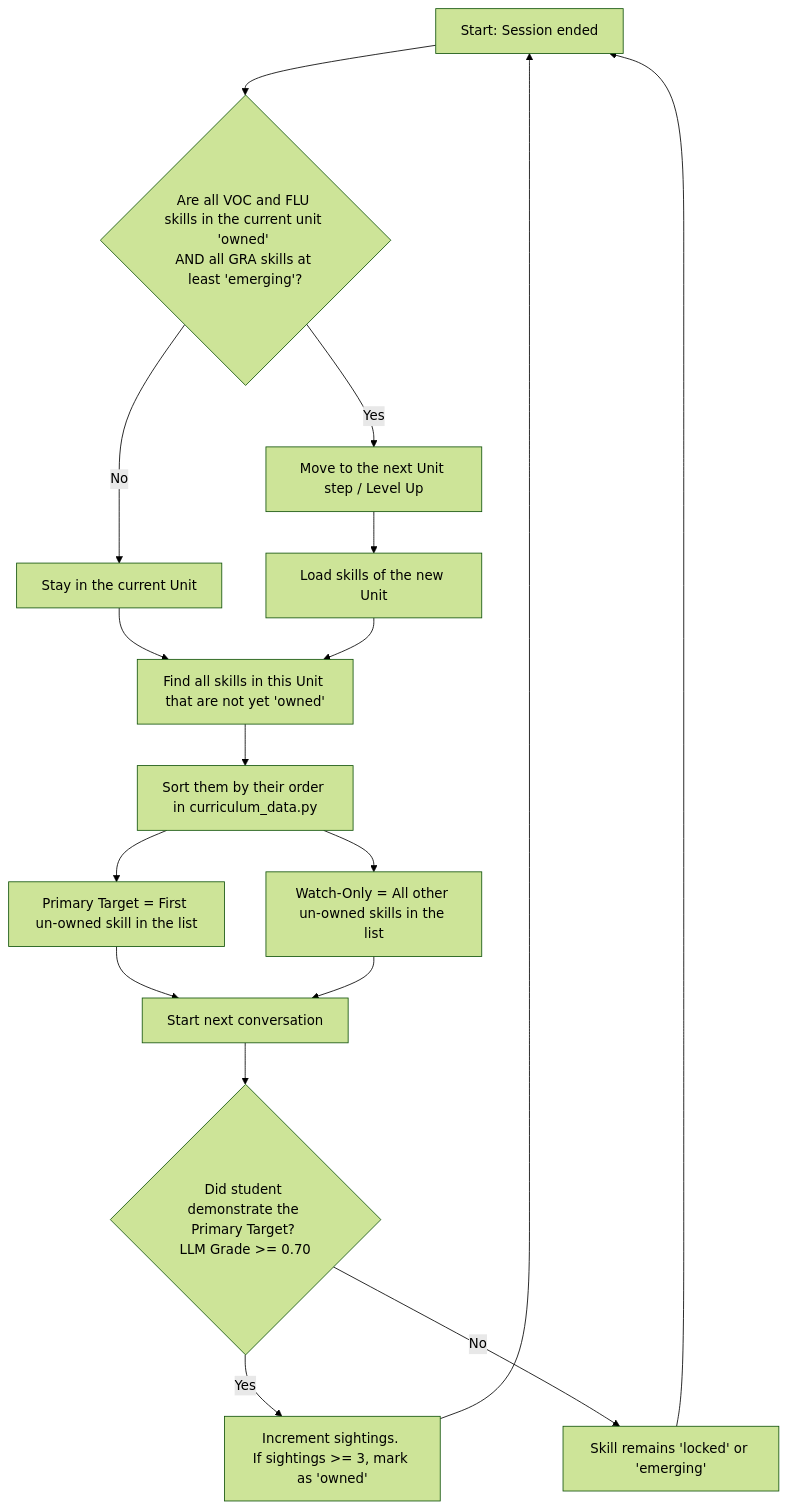
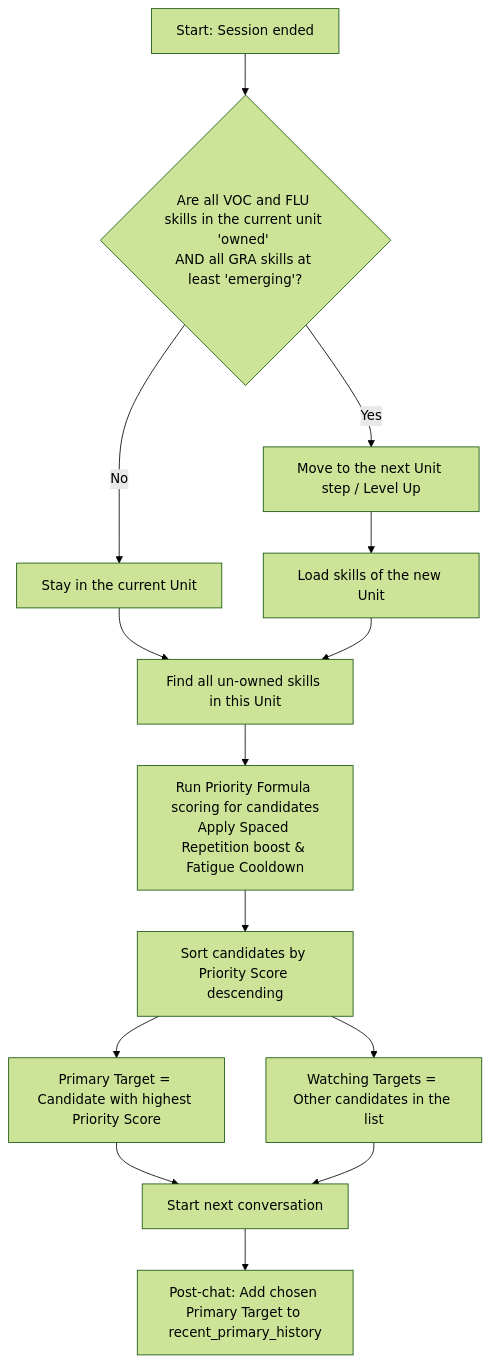
One commit to anshika410/English_learning_flutter_app changed the second of 2 diagrams in docs/mintlify-src/learning-path-visualizer.mdx. Above: the diagram before and after it, drawn with Mermaid (forest theme). The commit also changed other lines of this file, not shown here.

Commit message:
Update Non-Linear Learning page to reflect the new continuous mastery and priority target selector models

````diff
--- a/docs/mintlify-src/learning-path-visualizer.mdx
+++ b/docs/mintlify-src/learning-path-visualizer.mdx
@@ -92,22 +79,18 @@
 ```mermaid
 flowchart TD
     A[Start: Session ended] --> B{Are all VOC and FLU skills in the current unit 'owned' <br>AND all GRA skills at least 'emerging'?}
     B -- Yes --> C[Move to the next Unit step / Level Up]
     B -- No --> D[Stay in the current Unit]
     
     C --> E[Load skills of the new Unit]
-    D --> F[Find all skills in this Unit that are not yet 'owned']
+    D --> F[Find all un-owned skills in this Unit]
     E --> F
     
-    F --> G[Sort them by their order in curriculum_data.py]
-    G --> H[Primary Target = First un-owned skill in the list]
-    G --> I[Watch-Only = All other un-owned skills in the list]
+    F --> G[Run Priority Formula scoring for candidates<br>Apply Spaced Repetition boost & Fatigue Cooldown]
+    G --> H[Sort candidates by Priority Score descending]
+    H --> I[Primary Target = Candidate with highest Priority Score]
+    H --> J[Watching Targets = Other candidates in the list]
     
-    H & I --> J[Start next conversation]
-    
-    J --> K{Did student demonstrate the Primary Target? <br>LLM Grade >= 0.70}
-    K -- Yes --> L[Increment sightings. <br>If sightings >= 3, mark as 'owned']
-    K -- No --> M[Skill remains 'locked' or 'emerging']
-    
-    L & M --> A
+    I & J --> K[Start next conversation]
+    K --> L[Post-chat: Add chosen Primary Target to recent_primary_history]
 ```
````
